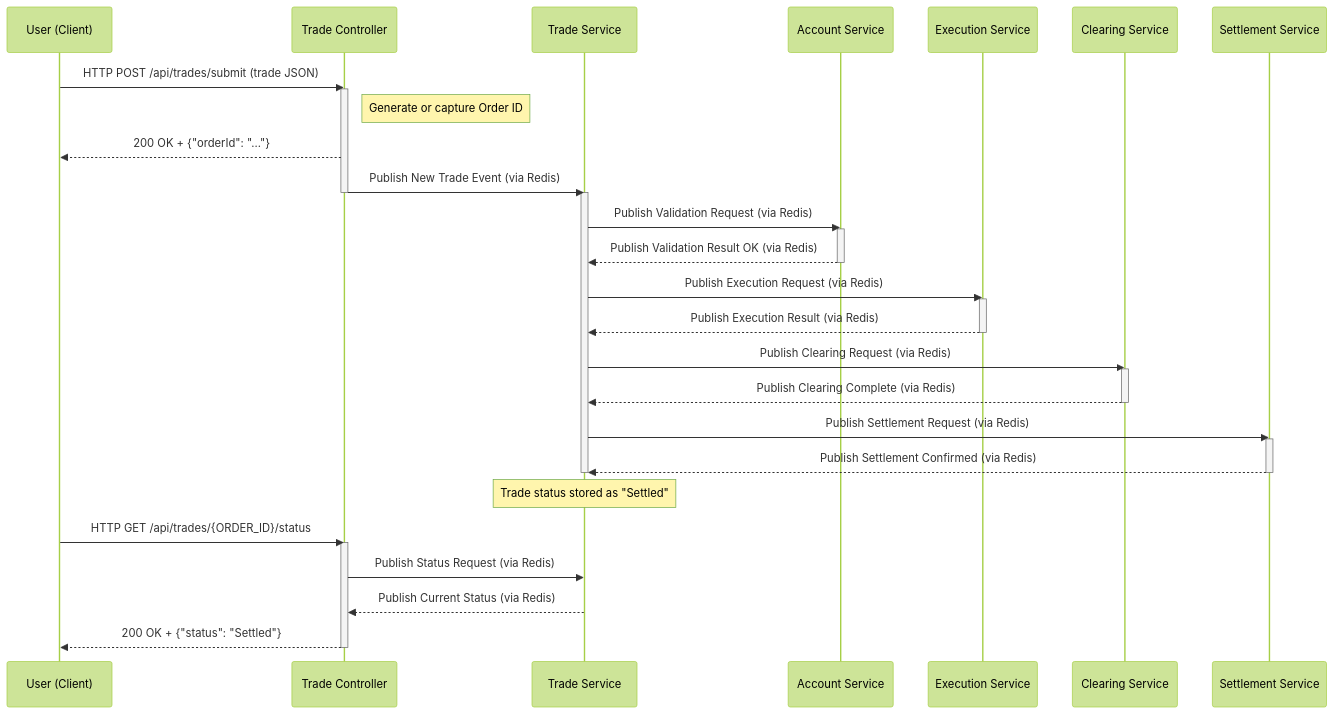
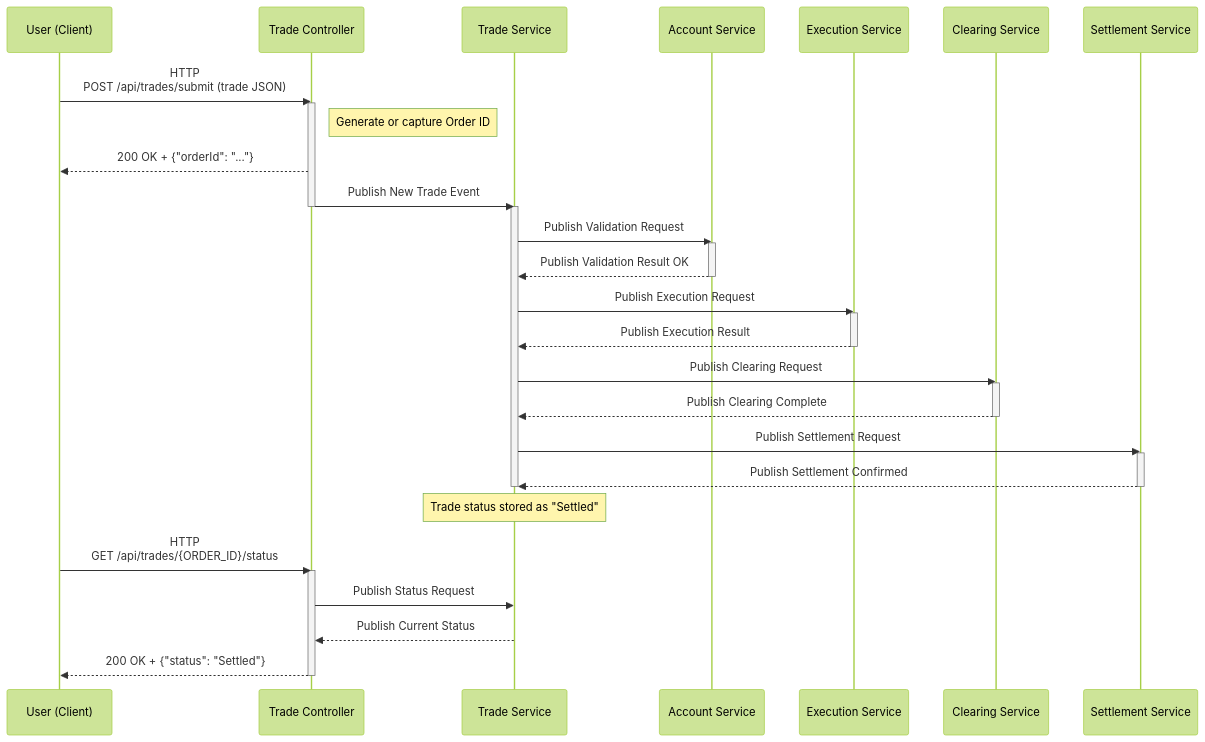
Before and after one commit to adrian-public/KlearSystem: the fourth of 5 diagrams in README.md, drawn with Mermaid (forest theme). The commit also changed other lines of this file, not shown here.

Commit message:
Initial commit of KLEAR System

````diff
--- a/README.md
+++ b/README.md
@@ -628,48 +628,48 @@
 ```mermaid
 sequenceDiagram
     participant U as User (Client)
     participant TC as Trade Controller
     participant TS as Trade Service
     participant AS as Account Service
     participant ES as Execution Service
     participant CS as Clearing Service
     participant SS as Settlement Service
 
-    U->>TC: HTTP POST /api/trades/submit (trade JSON)
+    U->>TC: HTTP <br />POST /api/trades/submit (trade JSON)
     activate TC
     note right of TC: Generate or capture Order ID
     TC-->>U: 200 OK + {"orderId": "..."}
-    TC->>TS: Publish New Trade Event (via Redis)
+    TC->>TS: Publish New Trade Event 
     deactivate TC
     activate TS
 
-    TS->>AS: Publish Validation Request (via Redis)
+    TS->>AS: Publish Validation Request 
     activate AS
-    AS-->>TS: Publish Validation Result OK (via Redis)
+    AS-->>TS: Publish Validation Result OK 
     deactivate AS
 
-    TS->>ES: Publish Execution Request (via Redis)
+    TS->>ES: Publish Execution Request 
     activate ES
-    ES-->>TS: Publish Execution Result (via Redis)
+    ES-->>TS: Publish Execution Result 
     deactivate ES
 
-    TS->>CS: Publish Clearing Request (via Redis)
+    TS->>CS: Publish Clearing Request 
     activate CS
-    CS-->>TS: Publish Clearing Complete (via Redis)
+    CS-->>TS: Publish Clearing Complete 
     deactivate CS
 
-    TS->>SS: Publish Settlement Request (via Redis)
+    TS->>SS: Publish Settlement Request 
     activate SS
-    SS-->>TS: Publish Settlement Confirmed (via Redis)
+    SS-->>TS: Publish Settlement Confirmed 
     deactivate SS
     deactivate TS
 
     Note over TS: Trade status stored as "Settled"
 
-    U->>TC: HTTP GET /api/trades/{ORDER_ID}/status
+    U->>TC: HTTP <br />GET /api/trades/{ORDER_ID}/status
     activate TC
-    TC->>TS: Publish Status Request (via Redis)
-    TS-->>TC: Publish Current Status (via Redis)
+    TC->>TS: Publish Status Request 
+    TS-->>TC: Publish Current Status 
     TC-->>U: 200 OK + {"status": "Settled"}
     deactivate TC
 ```
````
